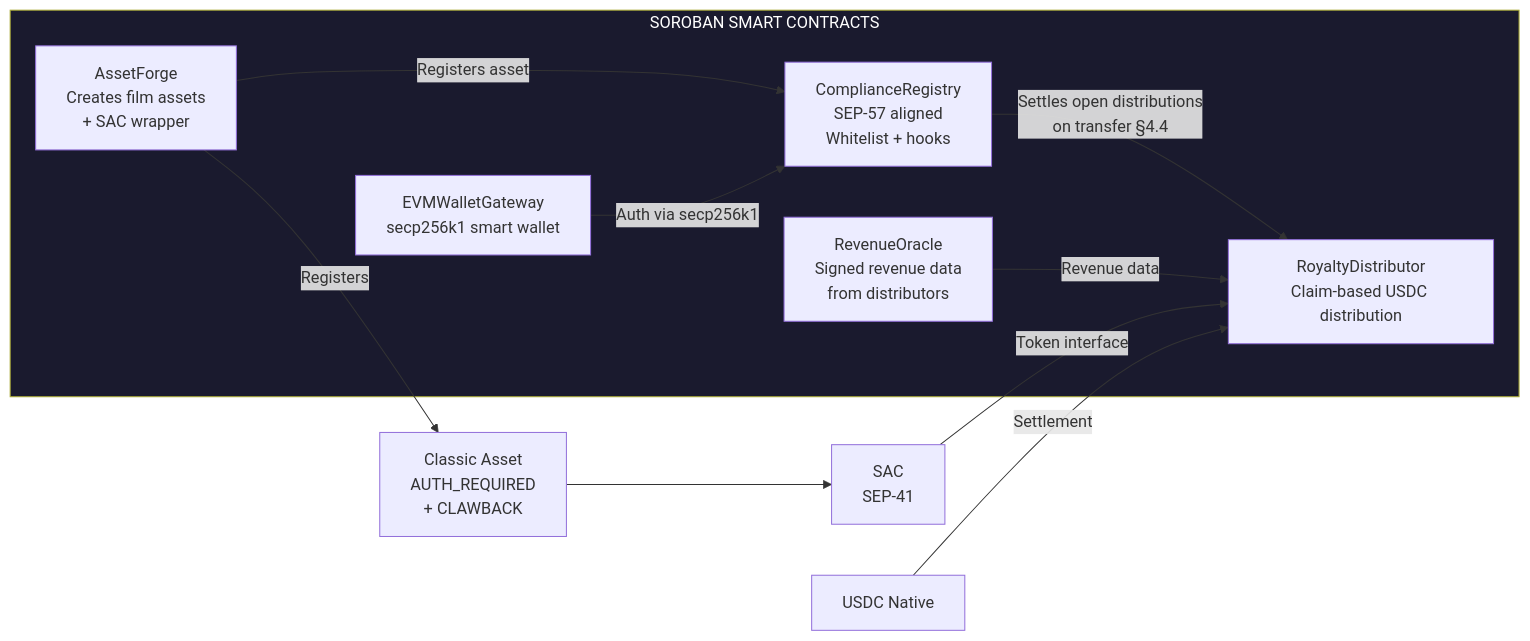
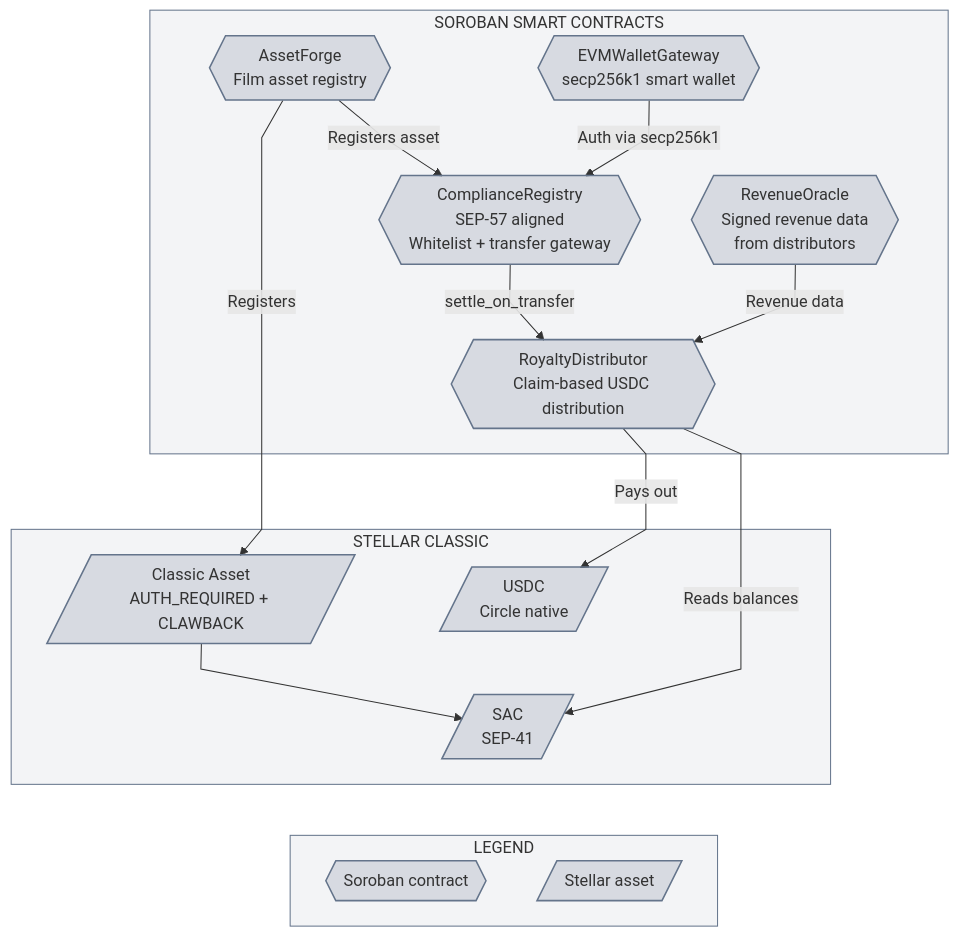
Before and after one commit to guichardsabna-lab/ACE-Contract-Infrastructure: the second of 7 diagrams in ARCHITECTURE_v4.md, drawn with Mermaid. The commit also changed other lines of this file, not shown here.

Commit message:
Update architecture: ecosystem building blocks, wallet model and cross-chain deposits

````diff
--- a/ARCHITECTURE_v4.md
+++ b/ARCHITECTURE_v4.md
@@ -180,23 +178,42 @@
 ```mermaid
-graph LR
+%%{init: {"flowchart": {"curve": "linear"}}}%%
+flowchart TB
     subgraph SOROBAN["SOROBAN SMART CONTRACTS"]
-        AF[AssetForge<br/>Creates film assets<br/>+ SAC wrapper]
-        CR[ComplianceRegistry<br/>SEP-57 aligned<br/>Whitelist + hooks]
-        RD[RoyaltyDistributor<br/>Claim-based USDC distribution]
-        RO[RevenueOracle<br/>Signed revenue data<br/>from distributors]
-        EWG[EVMWalletGateway<br/>secp256k1 smart wallet]
+        AF{{"AssetForge<br/>Film asset registry"}}
+        CR{{"ComplianceRegistry<br/>SEP-57 aligned<br/>Whitelist + transfer gateway"}}
+        RD{{"RoyaltyDistributor<br/>Claim-based USDC distribution"}}
+        RO{{"RevenueOracle<br/>Signed revenue data<br/>from distributors"}}
+        EWG{{"EVMWalletGateway<br/>secp256k1 smart wallet"}}
     end
 
+    subgraph CLASSIC["STELLAR CLASSIC"]
+        CA[/"Classic Asset<br/>AUTH_REQUIRED + CLAWBACK"/]
+        SAC[/"SAC<br/>SEP-41"/]
+        USDC[/"USDC<br/>Circle native"/]
+    end
+
+    subgraph LEG["LEGEND"]
+        L3{{"Soroban contract"}}
+        L4[/"Stellar asset"/]
+    end
+
+    RD ~~~ CA
+    RD ~~~ USDC
+    SAC ~~~ L3
+    SAC ~~~ L4
+
     AF -->|Registers asset| CR
-    CR -->|Settles open distributions<br/>on transfer §4.4| RD
+    CR -->|settle_on_transfer| RD
     RO -->|Revenue data| RD
     EWG -->|Auth via secp256k1| CR
+    AF -->|Registers| CA
+    CA --> SAC
+    RD -->|Reads balances| SAC
+    RD -->|Pays out| USDC
 
-    CA[Classic Asset<br/>AUTH_REQUIRED<br/>+ CLAWBACK] --> SAC[SAC<br/>SEP-41]
-    AF -->|Registers| CA
-    SAC -->|Token interface| RD
-
-    USDC[USDC Native] -->|Settlement| RD
-
-    style SOROBAN fill:#1a1a2e,color:#fff
+    style SOROBAN fill:#64748b14,stroke:#64748b
+    style CLASSIC fill:#64748b14,stroke:#64748b
+    style LEG fill:#64748b14,stroke:#64748b
+    classDef boite fill:#64748b33,stroke:#64748b,stroke-width:1.5px
+    class AF,CR,RD,RO,EWG,CA,SAC,USDC,L3,L4 boite
 ```
````
